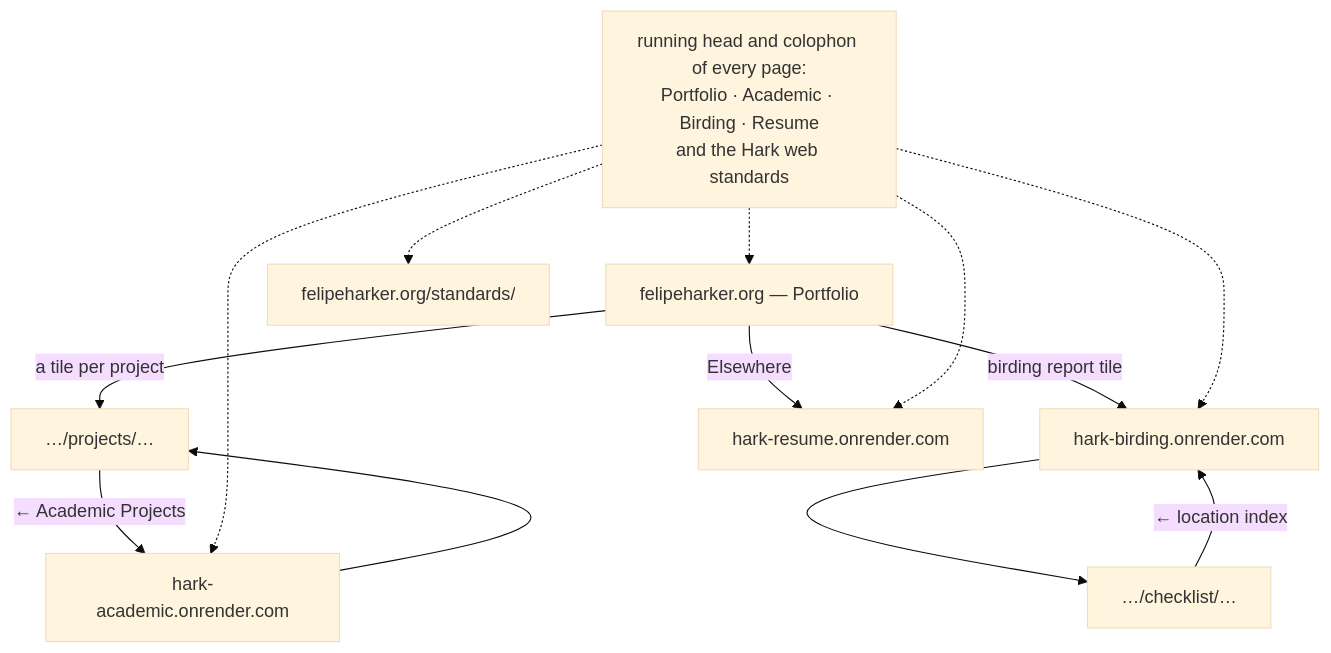
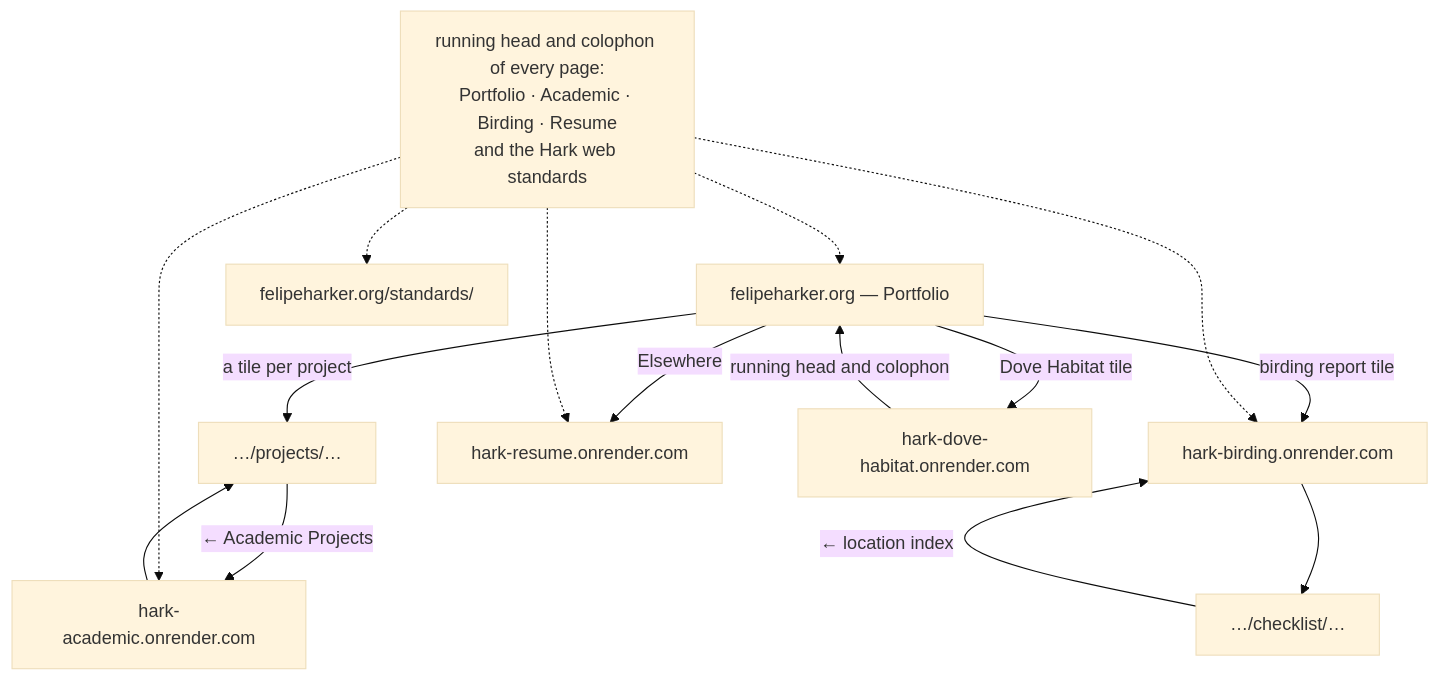
Before and after one commit to felipeharker/hark: the sixth of 6 diagrams in ARCHITECTURE.md, drawn with Mermaid (base theme). The commit also changed other lines of this file and 12 other files, not shown here.

First line of the commit message:
Dove Habitat on the portfolio; two rows of work; tiles open a new tab

````diff
--- a/ARCHITECTURE.md
+++ b/ARCHITECTURE.md
@@ -175,21 +178,23 @@
 ```mermaid
 flowchart TB
   home["felipeharker.org — Portfolio"]
   acad["hark-academic.onrender.com"]
   proj["…/projects/…"]
   birds["hark-birding.onrender.com"]
   check["…/checklist/…"]
   resume["hark-resume.onrender.com"]
   std["felipeharker.org/standards/"]
 
   home -- "a tile per project" --> proj
   home -- "birding report tile" --> birds
+  home -- "Dove Habitat tile" --> dove["hark-dove-habitat.onrender.com"]
+  dove -- "running head and colophon" --> home
   home -- "Elsewhere" --> resume
   acad --> proj
   proj -- "← Academic Projects" --> acad
   birds --> check
   check -- "← location index" --> birds
 
   footer["running head and colophon of every page:<br/>Portfolio · Academic · Birding · Resume<br/>and the Hark web standards"]
   footer -.-> home & acad & birds & resume & std
 ```
````
